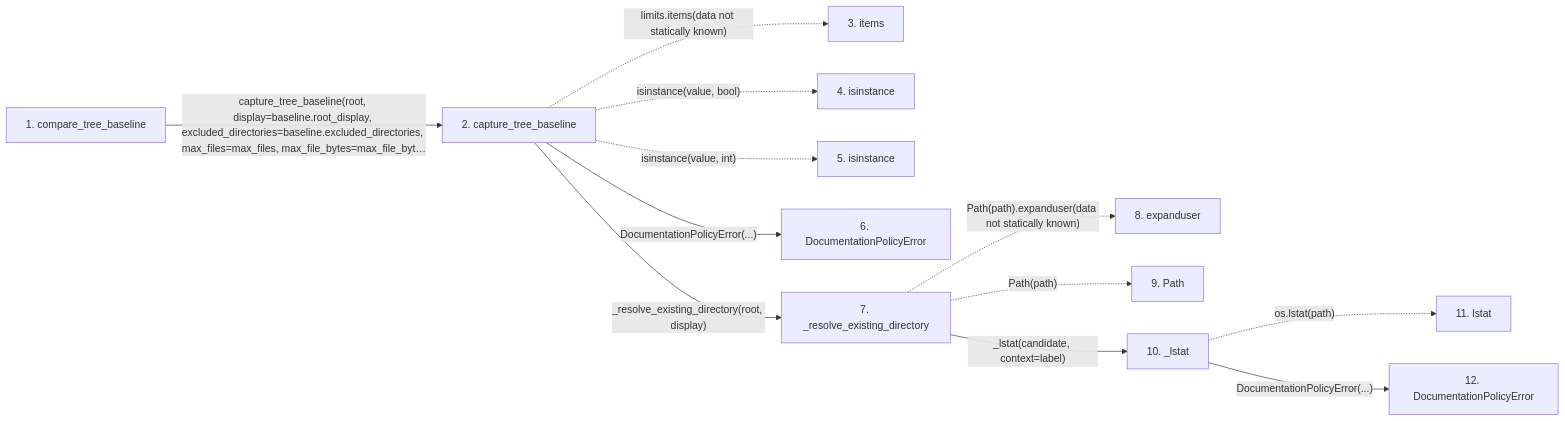
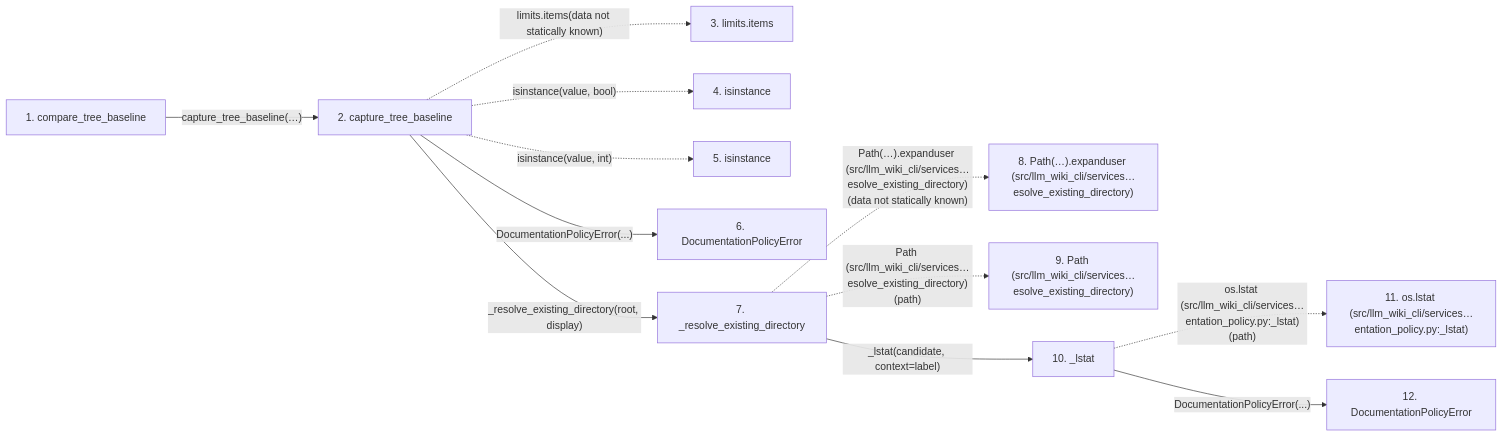
One commit to Denissvgn/python-wiki-llm changed the second of 2 diagrams in docs/llm_wiki/flows/api-compare_tree_baseline.md. Above: the diagram before and after it, drawn with Mermaid. The commit also changed other lines of this file and 719 other files, not shown here.

````diff
--- a/docs/llm_wiki/flows/api-compare_tree_baseline.md
+++ b/docs/llm_wiki/flows/api-compare_tree_baseline.md
@@ -70,32 +72,32 @@
 ```mermaid
 flowchart LR
     s1["1. compare_tree_baseline"]
     s2["2. capture_tree_baseline"]
-    s3["3. items"]
+    s3["3. limits.items"]
     s4["4. isinstance"]
     s5["5. isinstance"]
     s6["6. DocumentationPolicyError"]
     s7["7. _resolve_existing_directory"]
-    s8["8. expanduser"]
-    s9["9. Path"]
+    s8["8. Path(…).expanduser (src/llm_wiki_cli/services…esolve_existing_directory)"]
+    s9["9. Path (src/llm_wiki_cli/services…esolve_existing_directory)"]
     s10["10. _lstat"]
-    s11["11. lstat"]
+    s11["11. os.lstat (src/llm_wiki_cli/services…entation_policy.py:_lstat)"]
     s12["12. DocumentationPolicyError"]
-    s1 -->|"capture_tree_baseline(root, display=baseline.root_display, excluded_directories=baseline.excluded_directories, max_files=max_files, max_file_bytes=max_file_byt…"| s2
+    s1 -->|"capture_tree_baseline(…)"| s2
     s2 -. "limits.items(data not statically known)" .-> s3
     s2 -. "isinstance(value, bool)" .-> s4
     s2 -. "isinstance(value, int)" .-> s5
     s2 -->|"DocumentationPolicyError(...)"| s6
     s2 -->|"_resolve_existing_directory(root, display)"| s7
-    s7 -. "Path(path).expanduser(data not statically known)" .-> s8
-    s7 -. "Path(path)" .-> s9
+    s7 -. "Path(…).expanduser (src/llm_wiki_cli/services…esolve_existing_directory)(data not statically known)" .-> s8
+    s7 -. "Path (src/llm_wiki_cli/services…esolve_existing_directory)(path)" .-> s9
     s7 -->|"_lstat(candidate, context=label)"| s10
-    s10 -. "os.lstat(path)" .-> s11
+    s10 -. "os.lstat (src/llm_wiki_cli/services…entation_policy.py:_lstat)(path)" .-> s11
     s10 -->|"DocumentationPolicyError(...)"| s12
     click s1 "../modules/documentation_policy.md"
     click s2 "../modules/documentation_policy.md"
     click s6 "../modules/documentation_policy.md"
     click s7 "../modules/documentation_policy.md"
     click s10 "../modules/documentation_policy.md"
     click s12 "../modules/documentation_policy.md"
 ```
````
